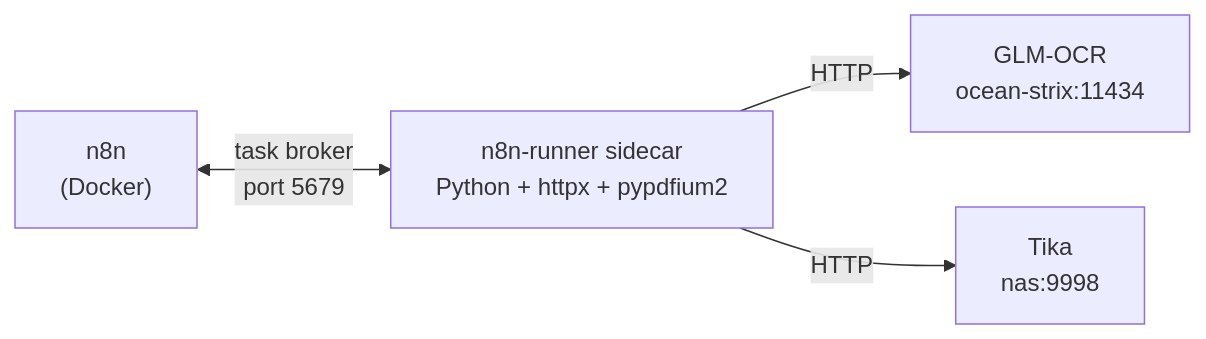
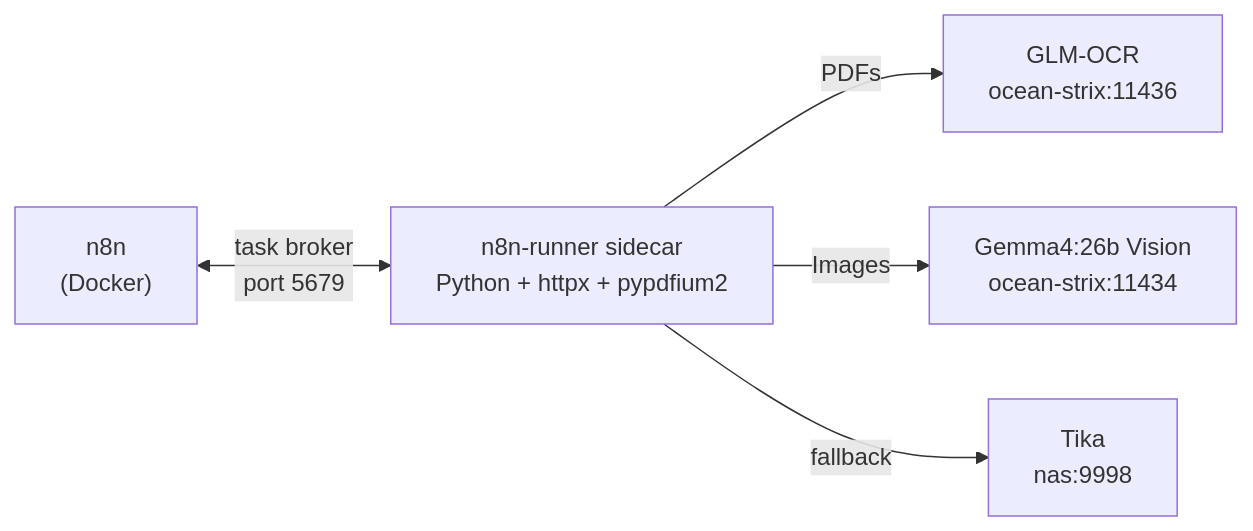
Before and after one commit to sagar-kale/homelab-docs: the second of 2 diagrams in workflows/n8n.md, drawn with Mermaid. The commit also changed other lines of this file, not shown here.

First line of the commit message:
docs: add Gemma4 vision image analysis — file routing diagram, OCR ingestion details, ocrEngine metadata

````diff
--- a/workflows/n8n.md
+++ b/workflows/n8n.md
@@ -68,6 +127,7 @@
 ```mermaid
 graph LR
     N8N["n8n\n(Docker)"] <-->|"task broker\nport 5679"| RUNNER["n8n-runner sidecar\nPython + httpx + pypdfium2"]
-    RUNNER -->|HTTP| GLMOCR["GLM-OCR\nocean-strix:11434"]
-    RUNNER -->|HTTP| TIKA["Tika\nnas:9998"]
+    RUNNER -->|"PDFs"| GLMOCR["GLM-OCR\nocean-strix:11436"]
+    RUNNER -->|"Images"| GEMMA4["Gemma4:26b Vision\nocean-strix:11434"]
+    RUNNER -->|"fallback"| TIKA["Tika\nnas:9998"]
 ```
````
